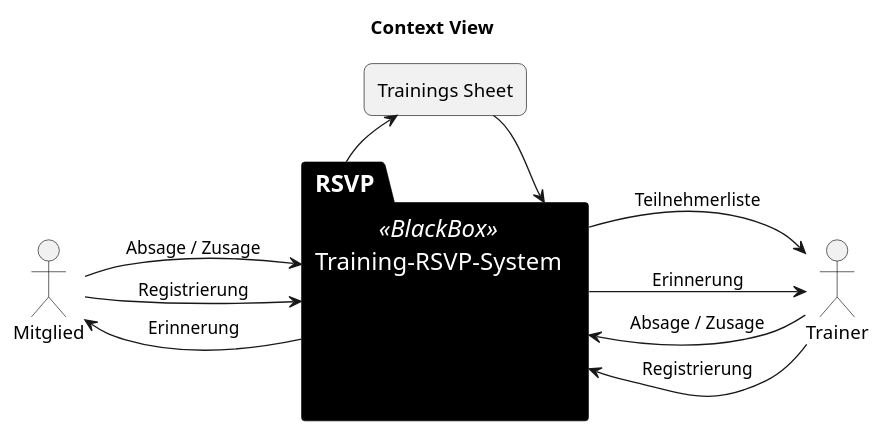
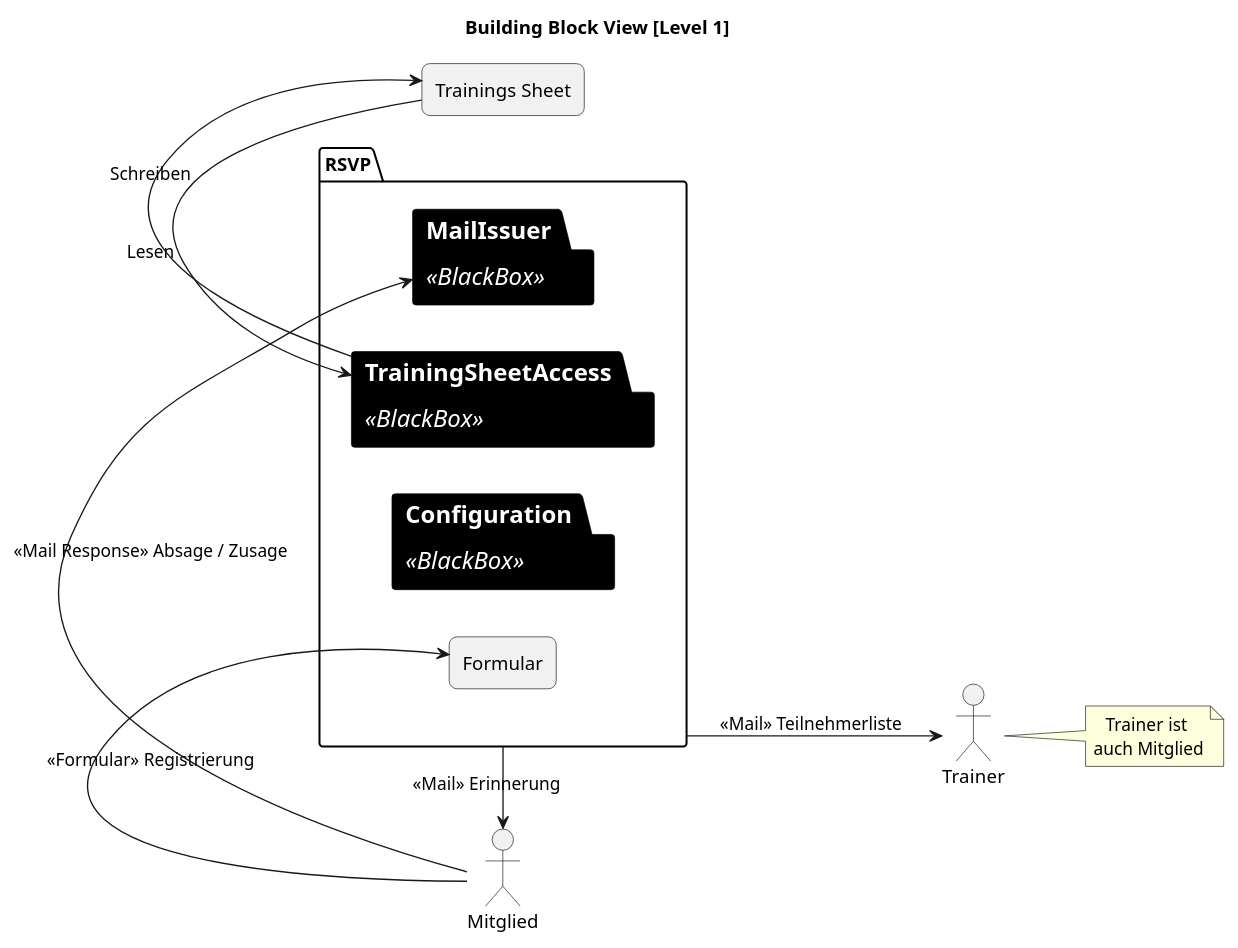
One commit to Latissi/google-sheet-rsvp-integration changed the diagram in docs/5_Building_Block_View/context_view.puml. Above: the diagram before and after it, drawn with PlantUML. The commit also changed 6 other files, not shown here.

```diff
--- a/docs/5_Building_Block_View/context_view.puml
+++ b/docs/5_Building_Block_View/context_view.puml
@@ -1,38 +1,40 @@
 @startuml
-title Context View
+title Building Block View [Level 1]
 
 left to right direction
 skinparam shadowing false
 skinparam defaultTextAlignment center
 skinparam rectangle {
   RoundCorner 12
 }
 skinparam package<<BlackBox>> {
   BackgroundColor black
   BorderColor black
   FontColor white
   FontSize 18
   Padding 60
 }
 
 actor "Mitglied" as Member
 actor "Trainer" as Trainer
+note right of Trainer : Trainer ist \nauch Mitglied
 
 rectangle "Trainings Sheet" as Sheet
 
-package "Training-RSVP-System\n\n\n\n" <<BlackBox>> as RSVP {
+package RSVP {
+  package TrainingSheetAccess <<BlackBox>>
+  package Configuration <<BlackBox>>
+  rectangle Formular
+  package MailIssuer <<BlackBox>>
 }
 
-Member --> RSVP : Registrierung
-Member -> RSVP : Absage / Zusage
-RSVP --> Member : Erinnerung
+Member --> Formular : <<Formular>> Registrierung
+Member -> MailIssuer : <<Mail Response>> Absage / Zusage
+RSVP --> Member : <<Mail>> Erinnerung
 
-Trainer --> RSVP : Registrierung
-Trainer -> RSVP : Absage / Zusage
-RSVP --> Trainer: Teilnehmerliste
-RSVP --> Trainer : Erinnerung
+RSVP --> Trainer: <<Mail>> Teilnehmerliste
 
-Sheet -> RSVP 
-RSVP -> Sheet
+Sheet -> TrainingSheetAccess : Lesen
+TrainingSheetAccess -> Sheet : Schreiben
 
 @enduml
```
